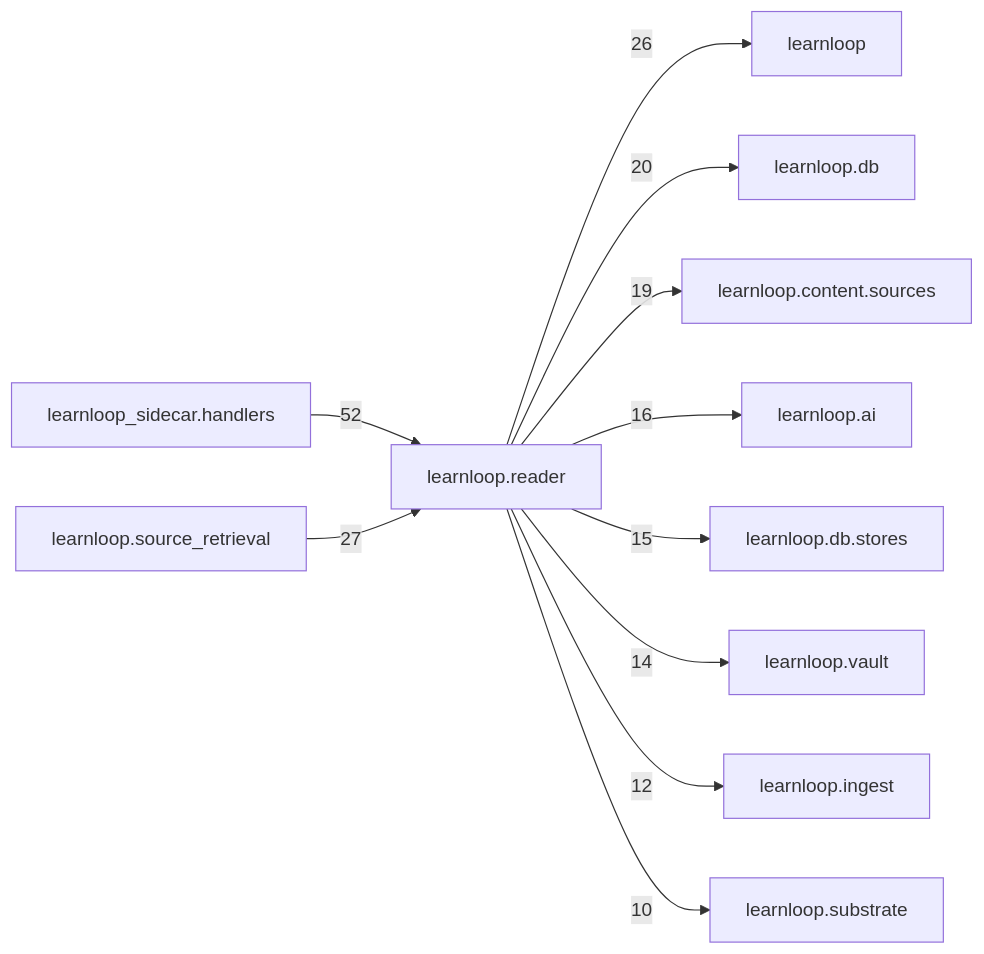
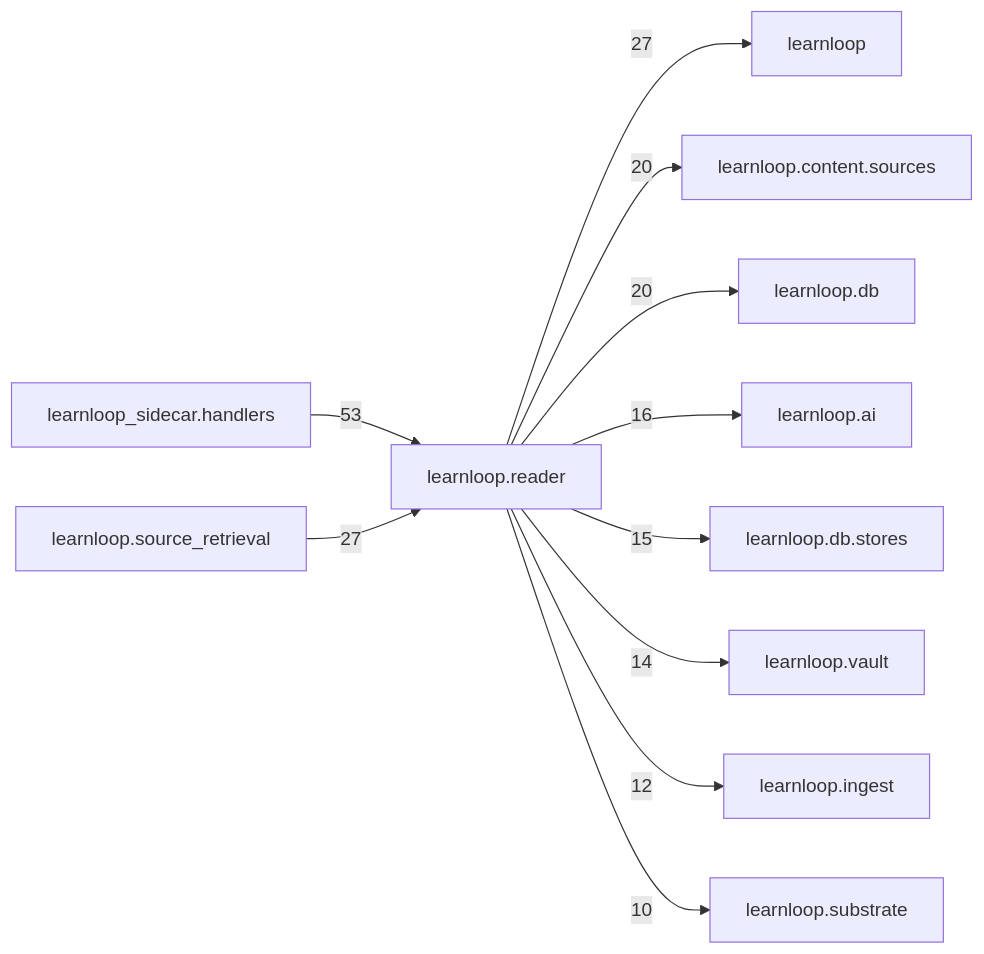
The diagram in docs/learnloop-architecture-vault/Reference/Modules/learnloop/reader/_package.md (6up-b/learnanything), drawn with Mermaid before and after one commit. The commit also changed other lines of this file and 29 other files, not shown here.

````diff
--- a/docs/learnloop-architecture-vault/Reference/Modules/learnloop/reader/_package.md
+++ b/docs/learnloop-architecture-vault/Reference/Modules/learnloop/reader/_package.md
@@ -155,24 +157,24 @@
 ```mermaid
 flowchart LR
     center["learnloop.reader"]
     n_learnloop_sidecar_handlers["learnloop_sidecar.handlers"]
+    n_learnloop["learnloop"]
     n_learnloop_source_retrieval["learnloop.source_retrieval"]
-    n_learnloop["learnloop"]
+    n_learnloop_content_sources["learnloop.content.sources"]
     n_learnloop_db["learnloop.db"]
-    n_learnloop_content_sources["learnloop.content.sources"]
     n_learnloop_ai["learnloop.ai"]
     n_learnloop_db_stores["learnloop.db.stores"]
     n_learnloop_vault["learnloop.vault"]
     n_learnloop_ingest["learnloop.ingest"]
     n_learnloop_substrate["learnloop.substrate"]
-    n_learnloop_sidecar_handlers -->|52| center
+    n_learnloop_sidecar_handlers -->|53| center
+    center -->|27| n_learnloop
     n_learnloop_source_retrieval -->|27| center
-    center -->|26| n_learnloop
+    center -->|20| n_learnloop_content_sources
     center -->|20| n_learnloop_db
-    center -->|19| n_learnloop_content_sources
     center -->|16| n_learnloop_ai
     center -->|15| n_learnloop_db_stores
     center -->|14| n_learnloop_vault
     center -->|12| n_learnloop_ingest
     center -->|10| n_learnloop_substrate
 ```
````
